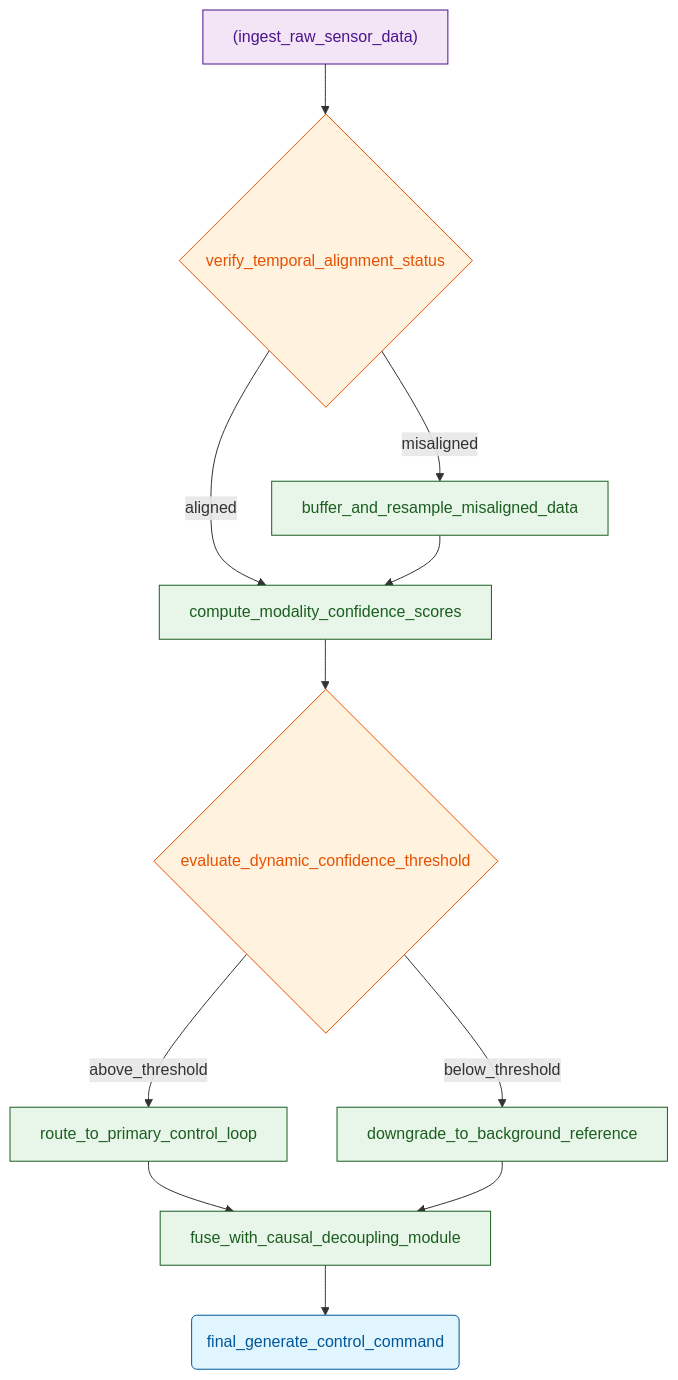
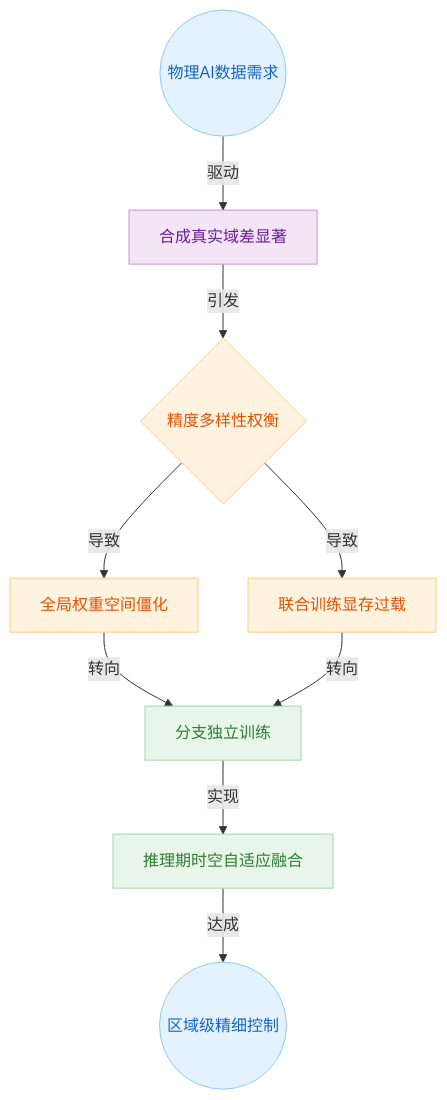
The second of 11 diagrams in person_vault/2026-06-07_CosmosTransfer1_2503.14492/report.md (ShinewineW/paper-rolling), drawn with Mermaid before and after one commit. The commit also changed other lines of this file and 51 other files, not shown here.

````diff
--- a/person_vault/2026-06-07_CosmosTransfer1_2503.14492/report.md
+++ b/person_vault/2026-06-07_CosmosTransfer1_2503.14492/report.md
@@ -40,18 +85,16 @@
 ```mermaid
 flowchart TD
-    classDef start fill:#e1f5fe,color:#01579b,stroke:#01579b
-    classDef decision fill:#fff3e0,color:#e65100,stroke:#e65100
-    classDef process fill:#e8f5e9,color:#1b5e20,stroke:#1b5e20
-    classDef data fill:#f3e5f5,color:#4a148c,stroke:#4a148c
+    classDef start_end fill:#e3f2fd, color:#1565c0, stroke:#90caf9;
+    classDef process fill:#f3e5f5, color:#6a1b9a, stroke:#ce93d8;
+    classDef gap fill:#fff3e0, color:#e65100, stroke:#ffcc80;
+    classDef solution fill:#e8f5e9, color:#2e7d32, stroke:#a5d6a7;
 
-    raw_data["(ingest_raw_sensor_data)"]:::data --> check_sync{verify_temporal_alignment_status}:::decision
-    check_sync -->|aligned| calc_conf["compute_modality_confidence_scores"]:::process
-    check_sync -->|misaligned| buffer_q["buffer_and_resample_misaligned_data"]:::process
-    buffer_q --> calc_conf
-    calc_conf --> gate_eval{evaluate_dynamic_confidence_threshold}:::decision
-    gate_eval -->|above_threshold| route_act["route_to_primary_control_loop"]:::process
-    gate_eval -->|below_threshold| route_pas["downgrade_to_background_reference"]:::process
-    route_act --> fuse_mod["fuse_with_causal_decoupling_module"]:::process
-    route_pas --> fuse_mod
-    fuse_mod --> out_cmd(final_generate_control_command):::start
+    req((物理AI数据需求)):::start_end -->|驱动| sim2real["合成真实域差显著"]:::process
+    sim2real -->|引发| tradeoff{精度多样性权衡}:::gap
+    tradeoff -->|导致| spatial["全局权重空间僵化"]:::gap
+    tradeoff -->|导致| memory["联合训练显存过载"]:::gap
+    spatial -->|转向| decouple["分支独立训练"]:::solution
+    memory -->|转向| decouple
+    decouple -->|实现| fuse["推理期时空自适应融合"]:::solution
+    fuse -->|达成| ctrl((区域级精细控制)):::start_end
 ```
````
